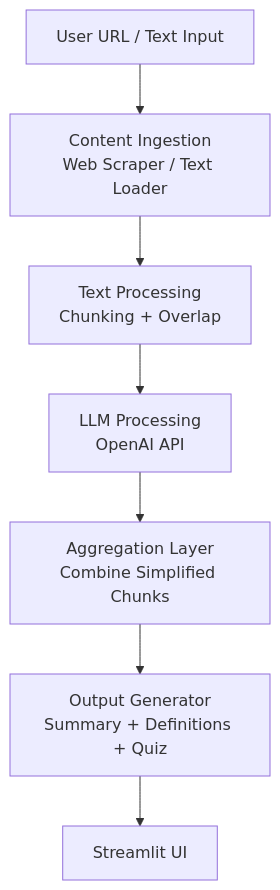
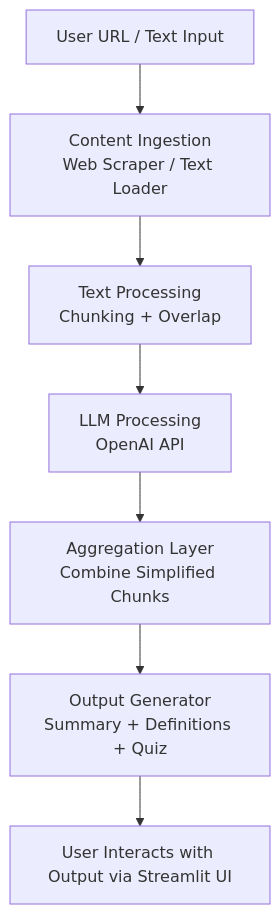
Before and after one commit to harjeetkalsi/reading_companion: the diagram in README.md, drawn with Mermaid.

````diff
--- a/README.md
+++ b/README.md
@@ -30,12 +30,12 @@
 ```mermaid
 flowchart TD
     A[User URL / Text Input]
     B[Content Ingestion<br>Web Scraper / Text Loader]
     C[Text Processing<br>Chunking + Overlap]
     D[LLM Processing<br>OpenAI API]
     E[Aggregation Layer<br>Combine Simplified Chunks]
     F[Output Generator<br>Summary + Definitions + Quiz]
-    G[Streamlit UI]
+    G[User Interacts with Output via Streamlit UI]
 
     A --> B --> C --> D --> E --> F --> G
 ```
````
